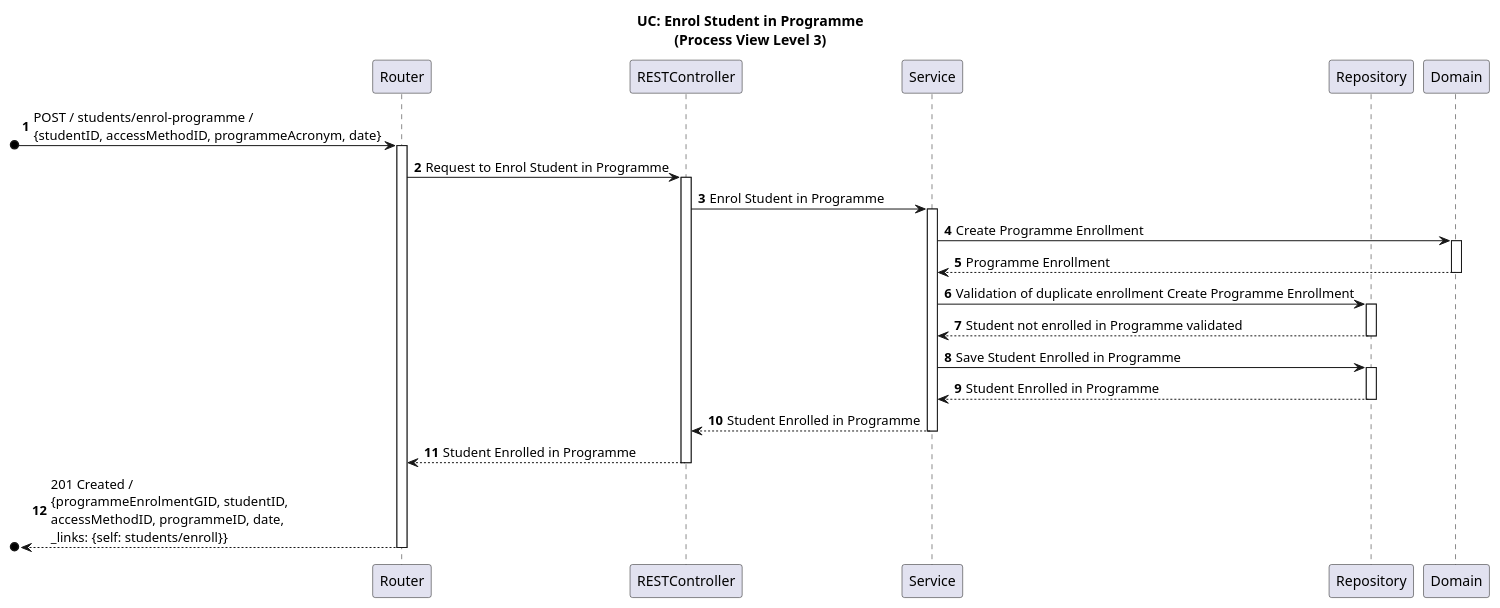
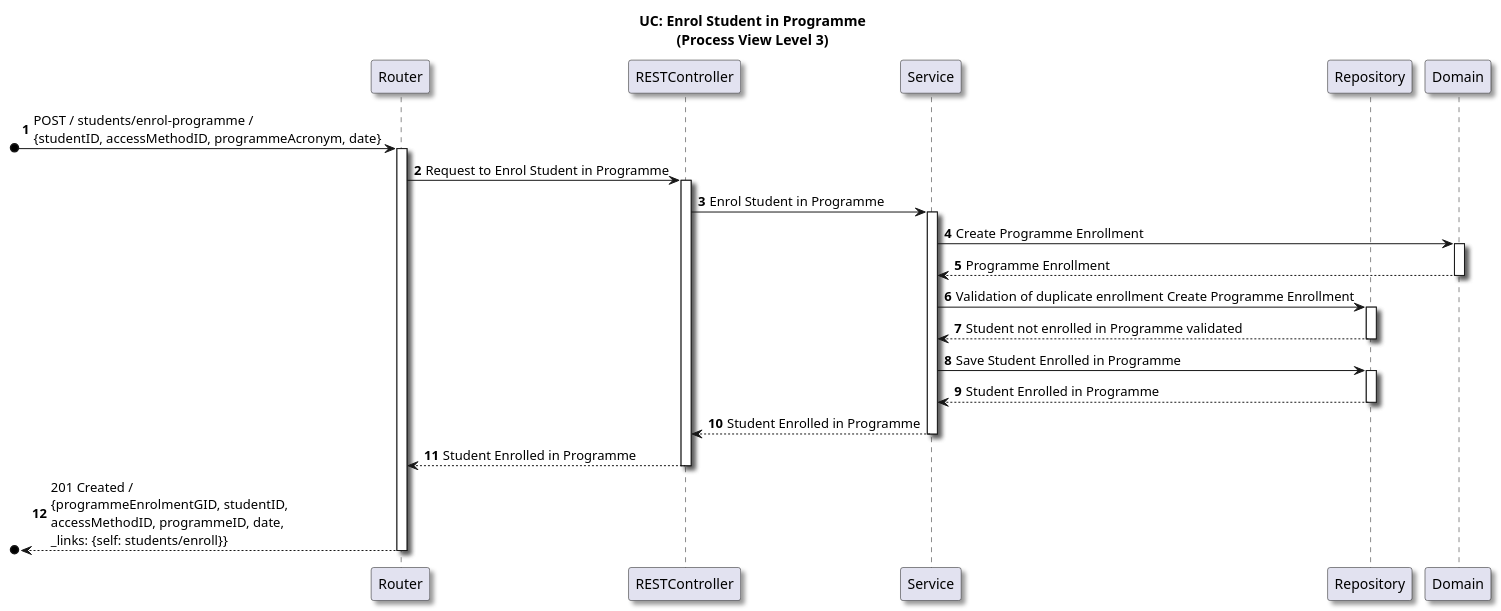
Before and after one commit to GasparISEP/DevOps-PAI: the diagram in docs/US09/ProcessView/level3Diagrams/level3REST.puml, drawn with PlantUML. The commit also changed 5 other files, not shown here.

Commit message:
REF #698 #646 Updated diagrams to be more visible

```diff
--- a/docs/US09/ProcessView/level3Diagrams/level3REST.puml
+++ b/docs/US09/ProcessView/level3Diagrams/level3REST.puml
@@ -1,27 +1,29 @@
 @startuml
+skinparam Shadowing true
+
 title UC: Enrol Student in Programme\n(Process View Level 3)
 autonumber
 
 participant "Router" as RO
 participant "RESTController" as RC
 participant "Service" as S
 participant "Repository" as R
 participant "Domain" as D
 
 [o-> RO ++: POST / students/enrol-programme /\n{studentID, accessMethodID, programmeAcronym, date}\t
 RO -> RC++: Request to Enrol Student in Programme
 RC -> S++: Enrol Student in Programme
 S -> D++: Create Programme Enrollment
 D --> S--: Programme Enrollment
 
 S -> R++: Validation of duplicate enrollment Create Programme Enrollment
 R --> S--: Student not enrolled in Programme validated
 
 S -> R++: Save Student Enrolled in Programme
 R --> S--: Student Enrolled in Programme
 S --> RC--: Student Enrolled in Programme
 
 RO <-- RC--: Student Enrolled in Programme
 [o<-- RO --:201 Created /\n{programmeEnrolmentGID, studentID,\naccessMethodID, programmeID, date,\n_links: {self: students/enroll}}
 
 @enduml
```
